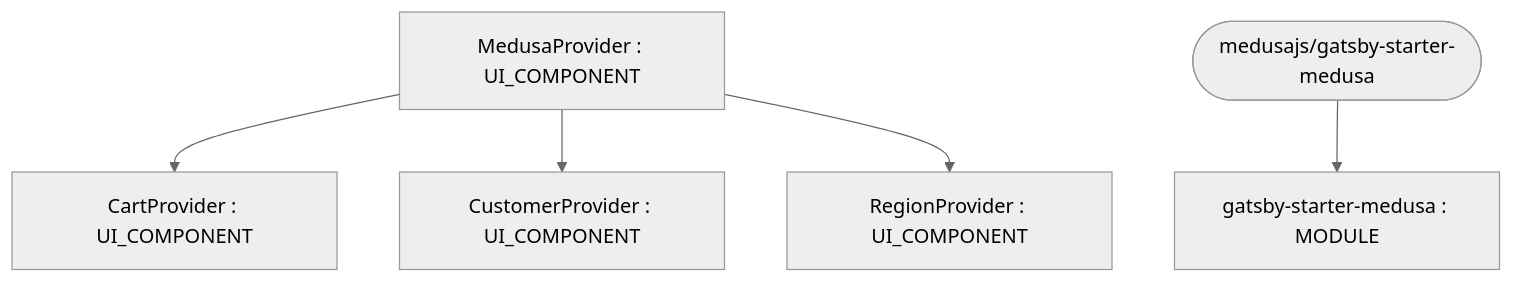
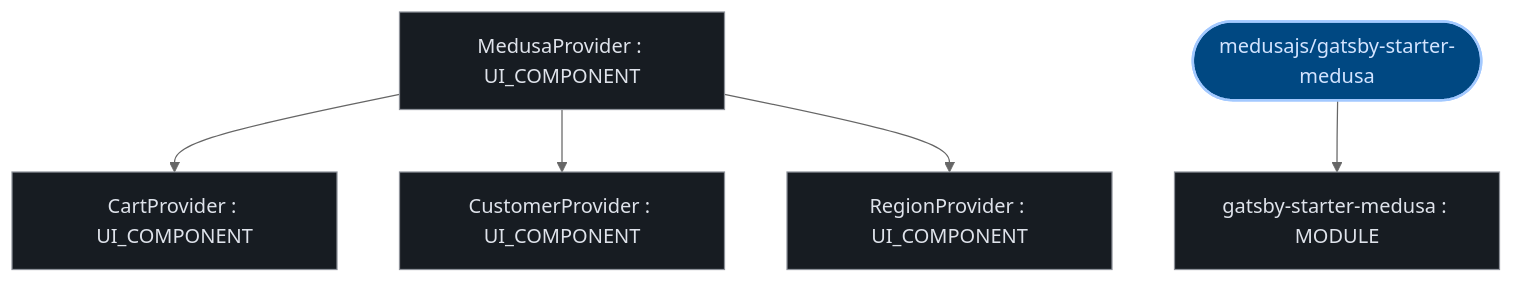
Before and after one commit to kumarshaz/atruss-code-atlas: the first of 2 diagrams in exports/latest/reports/medusajs-gatsby-starter-medusa-report.md, drawn with Mermaid (neutral theme). The commit also changed other lines of this file and 331 other files, not shown here.

Commit message:
docs,ui,fix: update SDLC docs, reorder CI/CD DAG first, stylize Mermaid, and fix Arc42 pipeline topology

````diff
--- a/exports/latest/reports/medusajs-gatsby-starter-medusa-report.md
+++ b/exports/latest/reports/medusajs-gatsby-starter-medusa-report.md
@@ -41,13 +41,20 @@
 ```mermaid
 graph TD;
-    gatsby_starter_medusa["gatsby-starter-medusa : MODULE"]
-    CartProvider["CartProvider : UI_COMPONENT"]
-    CustomerProvider["CustomerProvider : UI_COMPONENT"]
-    MedusaProvider["MedusaProvider : UI_COMPONENT"]
-    RegionProvider["RegionProvider : UI_COMPONENT"]
-    repo_root(["medusajs/gatsby-starter-medusa"])
+  classDef atlasRoot fill:#004882,stroke:#a3c9ff,stroke-width:2px,color:#d3e4ff
+  classDef atlasCategory fill:#212428,stroke:#E87A48,stroke-width:1.5px,color:#dfe3eb
+  classDef atlasWorkflow fill:#1b2026,stroke:#a3c9ff,stroke-width:1.5px,color:#dfe3eb
+  classDef atlasJob fill:#171c22,stroke:#8d9199,stroke-width:1px,color:#dfe3eb
+  classDef atlasTarget fill:#005227,stroke:#8bd99b,stroke-width:1.5px,color:#a7f6b6
+  classDef atlasAlert fill:#93000a,stroke:#ffb4ab,stroke-width:1.5px,color:#ffdad6
+  classDef atlasMore fill:#252a31,stroke:#8d9199,stroke-dasharray:4 4,color:#c3c6cf
+    gatsby_starter_medusa["gatsby-starter-medusa : MODULE"]:::atlasJob
+    CartProvider["CartProvider : UI_COMPONENT"]:::atlasJob
+    CustomerProvider["CustomerProvider : UI_COMPONENT"]:::atlasJob
+    MedusaProvider["MedusaProvider : UI_COMPONENT"]:::atlasJob
+    RegionProvider["RegionProvider : UI_COMPONENT"]:::atlasJob
+    repo_root(["medusajs/gatsby-starter-medusa"]):::atlasRoot
     repo_root --> gatsby_starter_medusa
     MedusaProvider --> CartProvider
     MedusaProvider --> CustomerProvider
     MedusaProvider --> RegionProvider
 ```
````
